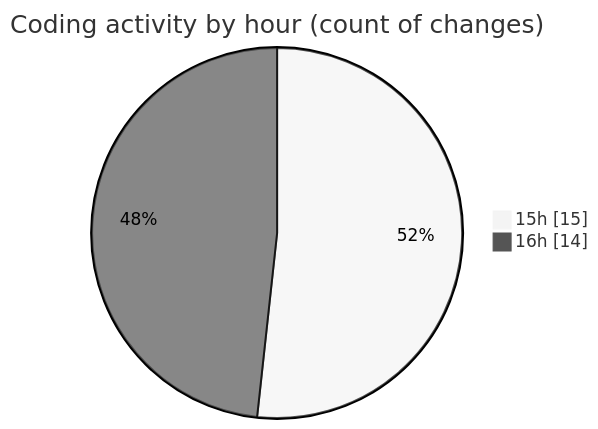
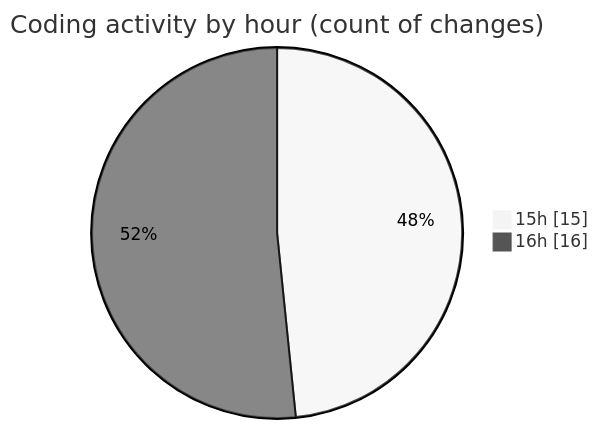
Before and after one commit to donsfak/code-tracking: the second of 2 diagrams in 2025-02-25/trackers_app/README.md, drawn with Mermaid (neutral theme). The commit also changed other lines of this file and 1 other file, not shown here.

````diff
--- a/2025-02-25/trackers_app/README.md
+++ b/2025-02-25/trackers_app/README.md
@@ -31,6 +31,6 @@
 ```mermaid
 pie showData
 title Coding activity by hour (count of changes)
 "15h" : 15
-"16h" : 14
+"16h" : 16
 ```
````
